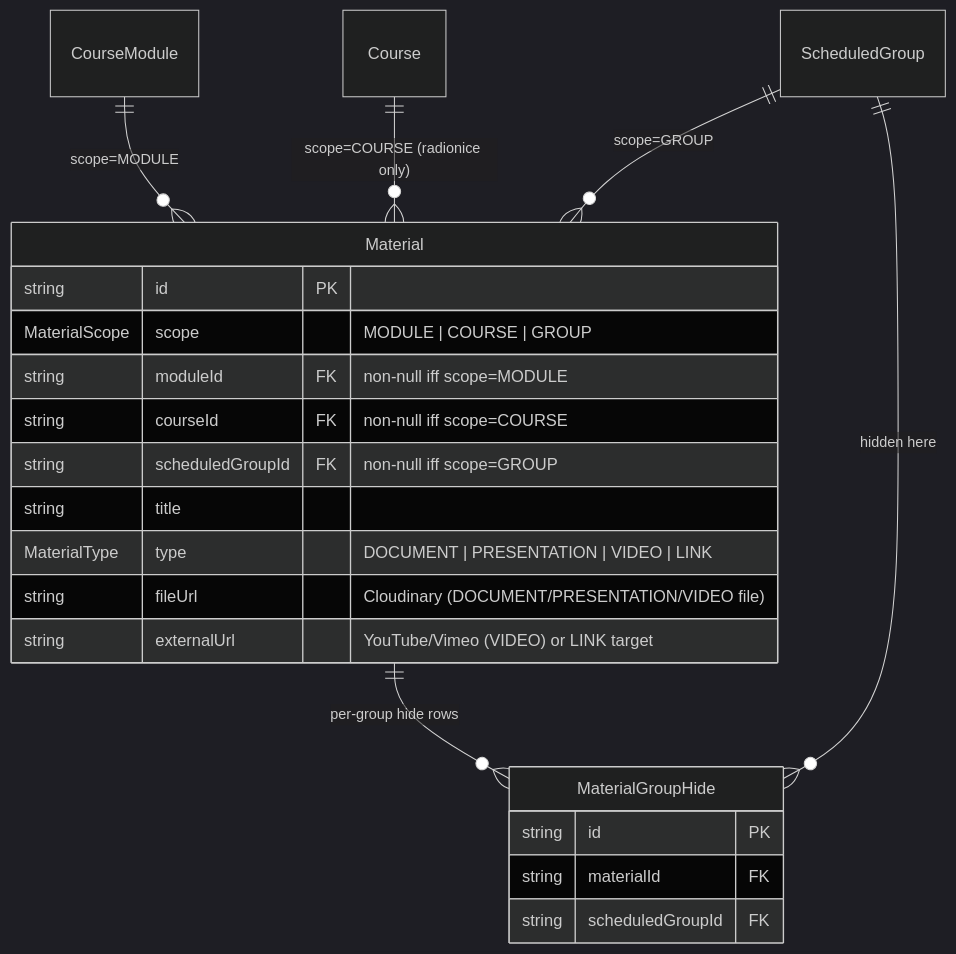
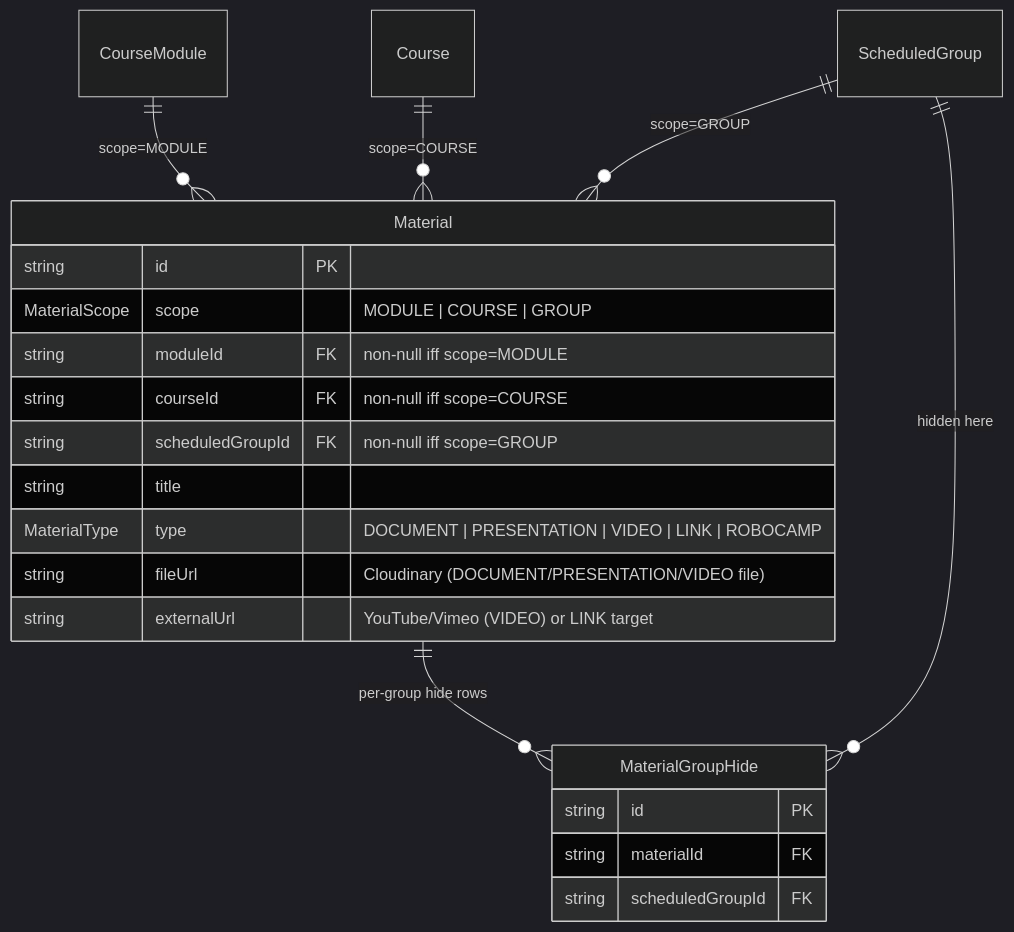
One commit to jpucic00/inovatic changed the first of 3 diagrams in docs/diagrams/material-scope.md. Above: the diagram before and after it, drawn with Mermaid (dark theme). The commit also changed other lines of this file and 7 other files, not shown here.

First line of the commit message:
P7: Consolidate diagrams 9→6 and resync stale content

````diff
--- a/docs/diagrams/material-scope.md
+++ b/docs/diagrams/material-scope.md
@@ -7,26 +7,26 @@
 ```mermaid
 erDiagram
     CourseModule   ||--o{ Material : "scope=MODULE"
-    Course         ||--o{ Material : "scope=COURSE (radionice only)"
+    Course         ||--o{ Material : "scope=COURSE"
     ScheduledGroup ||--o{ Material : "scope=GROUP"
     Material       ||--o{ MaterialGroupHide : "per-group hide rows"
     ScheduledGroup ||--o{ MaterialGroupHide : "hidden here"
 
     Material {
         string id PK
         MaterialScope scope "MODULE | COURSE | GROUP"
         string moduleId FK "non-null iff scope=MODULE"
         string courseId FK "non-null iff scope=COURSE"
         string scheduledGroupId FK "non-null iff scope=GROUP"
         string title
-        MaterialType type "DOCUMENT | PRESENTATION | VIDEO | LINK"
+        MaterialType type "DOCUMENT | PRESENTATION | VIDEO | LINK | ROBOCAMP"
         string fileUrl "Cloudinary (DOCUMENT/PRESENTATION/VIDEO file)"
         string externalUrl "YouTube/Vimeo (VIDEO) or LINK target"
     }
 
     MaterialGroupHide {
         string id PK
         string materialId FK
         string scheduledGroupId FK
     }
 ```
````
